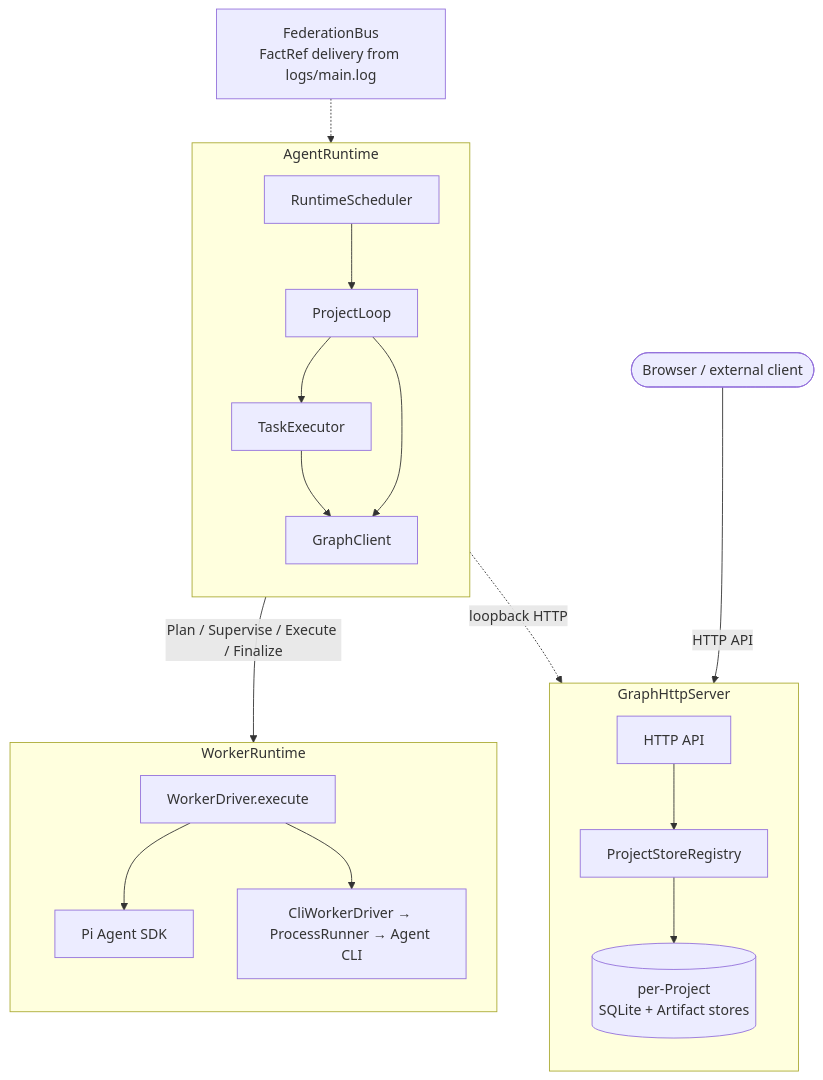
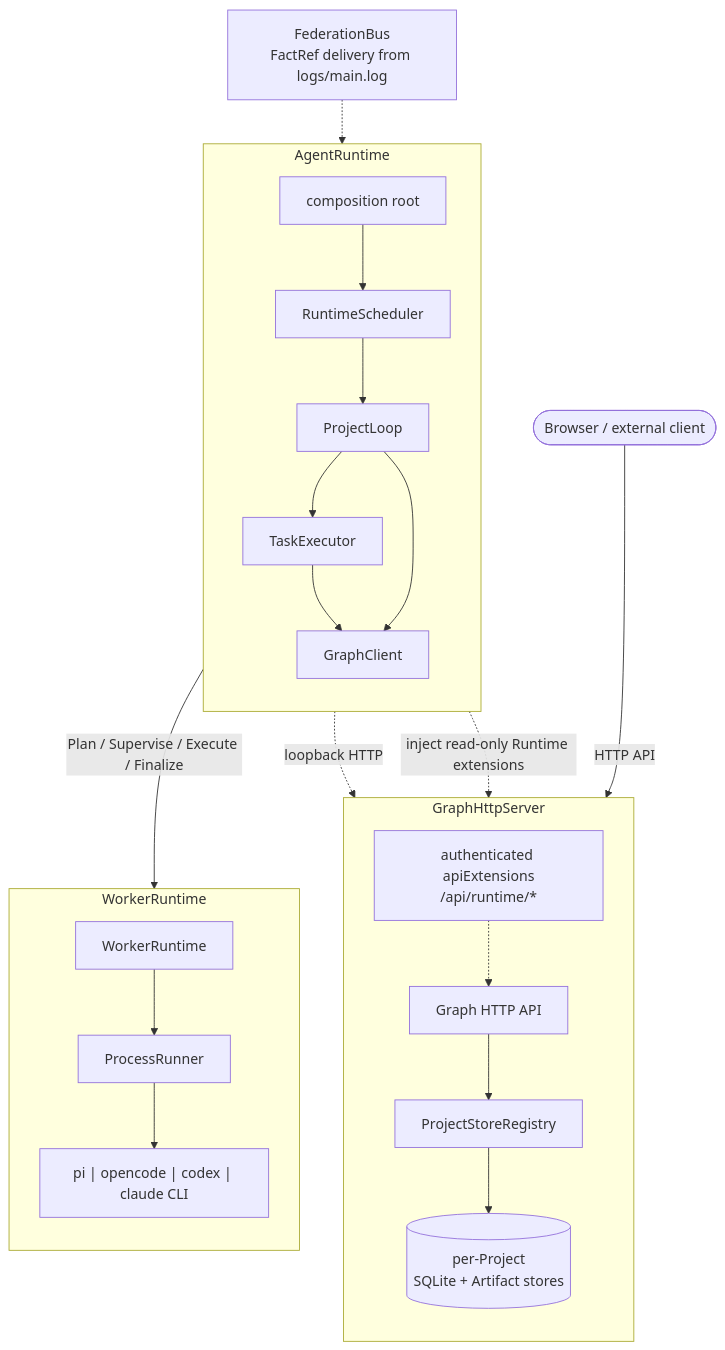
Before and after one commit to jygzyc/peak: the first of 2 diagrams in docs/architecture.md, drawn with Mermaid. The commit also changed other lines of this file and 70 other files, not shown here.

````diff
--- a/docs/architecture.md
+++ b/docs/architecture.md
@@ -23,31 +23,34 @@
 ```mermaid
 flowchart TB
   Client(["Browser / external client"])
   Fed["FederationBus<br/>FactRef delivery from logs/main.log"]
 
   subgraph server["GraphHttpServer"]
     direction TB
-    API["HTTP API"] --> SSR["ProjectStoreRegistry"]
+    API["Graph HTTP API"] --> SSR["ProjectStoreRegistry"]
+    Ext["authenticated apiExtensions<br/>/api/runtime/*"] -.-> API
     SSR --> Stores[("per-Project<br/>SQLite + Artifact stores")]
   end
 
   subgraph runtime["AgentRuntime"]
     direction TB
-    Sched["RuntimeScheduler"] --> PL["ProjectLoop"]
+    AR["composition root"] --> Sched["RuntimeScheduler"]
+    Sched --> PL["ProjectLoop"]
     PL --> Exec["TaskExecutor"]
     GC["GraphClient"]
     Exec --> GC
     PL --> GC
   end
 
   subgraph worker["WorkerRuntime"]
     direction TB
-    WD["WorkerDriver.execute"] --> Pi["Pi Agent SDK"]
-    WD --> Cli["CliWorkerDriver → ProcessRunner → Agent CLI"]
+    WR["WorkerRuntime"] --> PR["ProcessRunner"]
+    PR --> CLI["pi | opencode | codex | claude CLI"]
   end
 
   Client -->|"HTTP API"| API
   GC -.->|"loopback HTTP"| API
-  Exec -->|"Plan / Supervise / Execute / Finalize"| WD
+  Exec -->|"Plan / Supervise / Execute / Finalize"| WR
+  AR -.->|"inject read-only Runtime extensions"| Ext
   Fed -.-> PL
 ```
````
